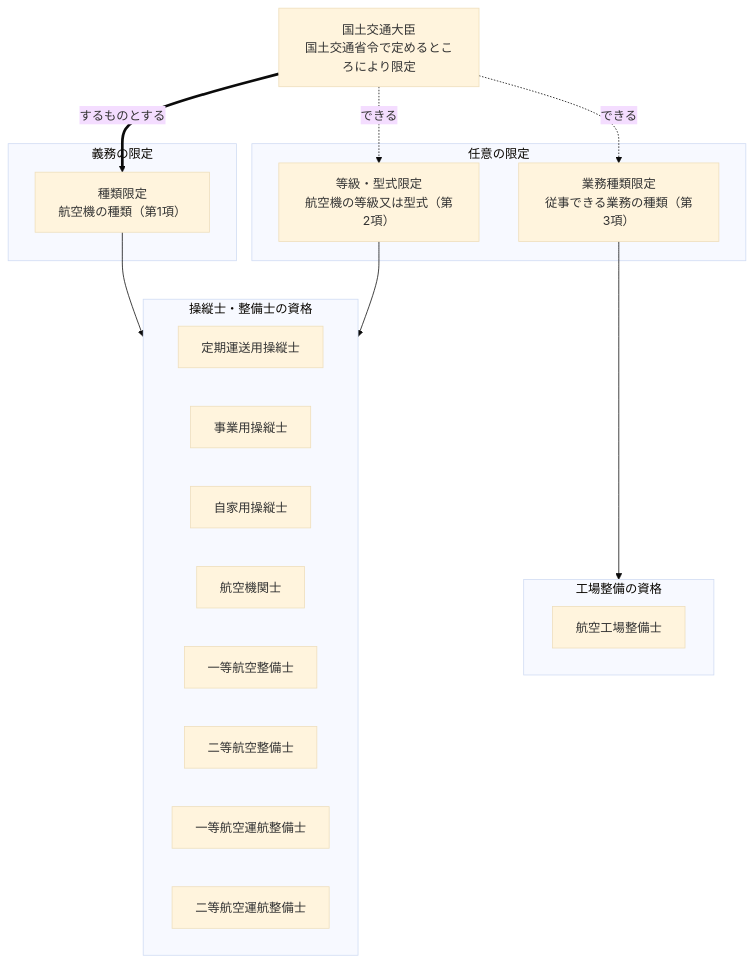
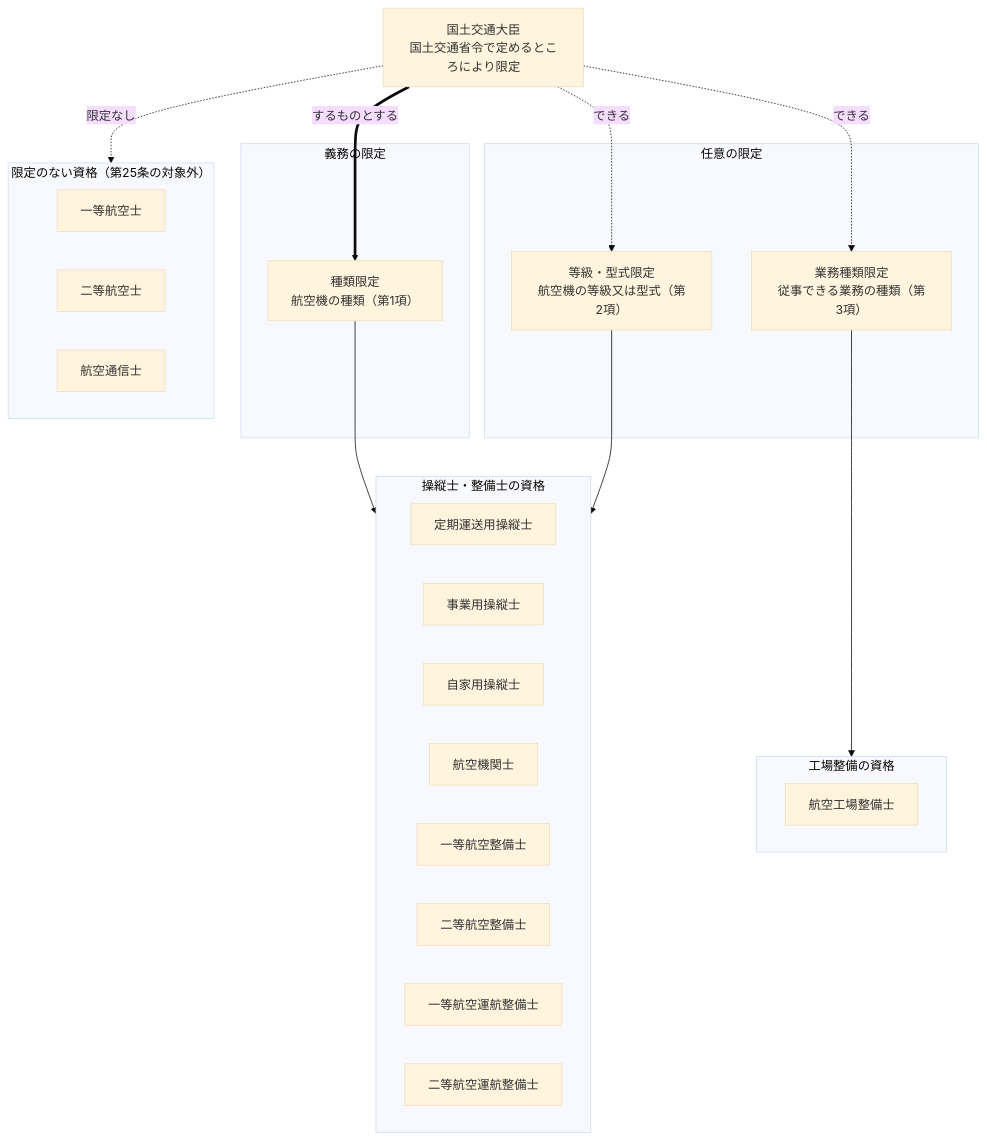
The second of 22 diagrams in chapters/04_第四章.md (yonemotoBB/pil), drawn with Mermaid (base theme) before and after one commit. The commit also changed other lines of this file, not shown here.

Commit message:
第二十五条 本文図に「限定のない資格」を追加し◎○―表を削除

````diff
--- a/chapters/04_第四章.md
+++ b/chapters/04_第四章.md
@@ -207,34 +207,40 @@
 ```mermaid
 flowchart TD
     M["国土交通大臣<br>国土交通省令で定めるところにより限定"]
 
     subgraph 義務の限定
         G1["種類限定<br>航空機の種類（第1項）"]
     end
     subgraph 任意の限定
         G2["等級・型式限定<br>航空機の等級又は型式（第2項）"]
         G3["業務種類限定<br>従事できる業務の種類（第3項）"]
     end
 
     subgraph a[操縦士・整備士の資格]
         P1["定期運送用操縦士"]
         P2["事業用操縦士"]
         P3["自家用操縦士"]
         P4["航空機関士"]
         P5["一等航空整備士"]
         P6["二等航空整備士"]
         P7["一等航空運航整備士"]
         P8["二等航空運航整備士"]
     end
     subgraph b[工場整備の資格]
         P9["航空工場整備士"]
     end
+    subgraph c[限定のない資格（第25条の対象外）]
+        P10["一等航空士"]
+        P11["二等航空士"]
+        P12["航空通信士"]
+    end
 
     M == するものとする ==> G1
     M -. できる .-> G2
     M -. できる .-> G3
 
     G1 --> a
     G2 --> a
     G3 --> b
+    M -. 限定なし .-> c
 ```
````
